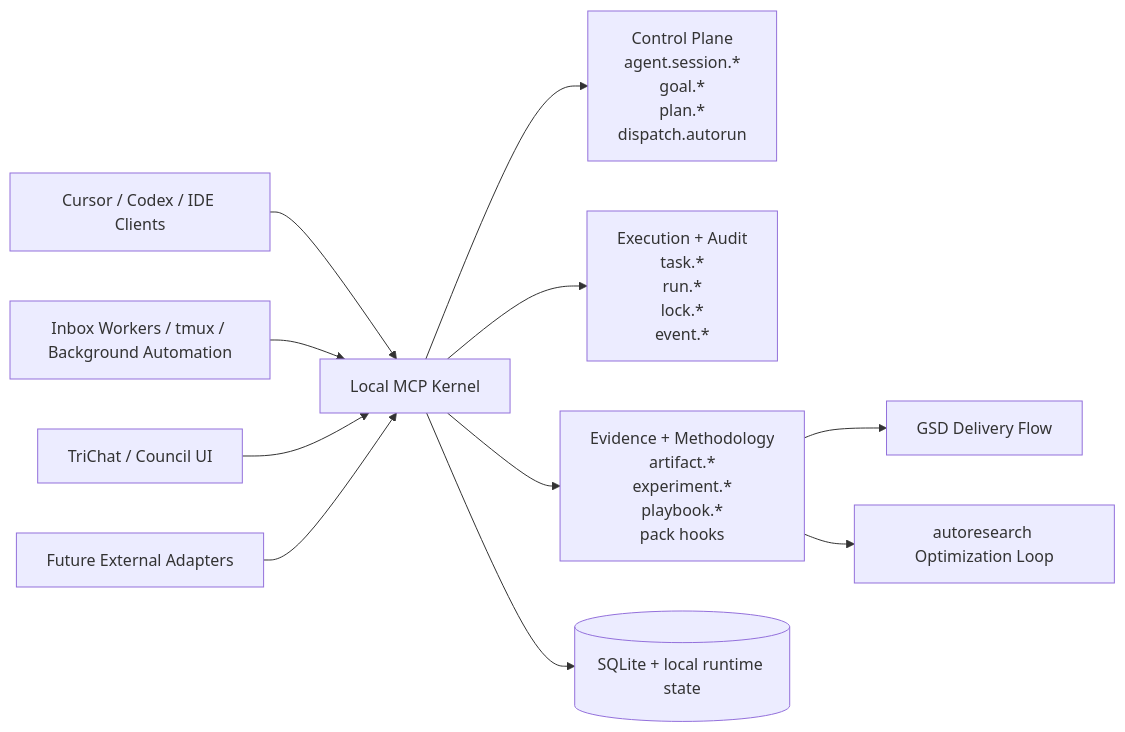
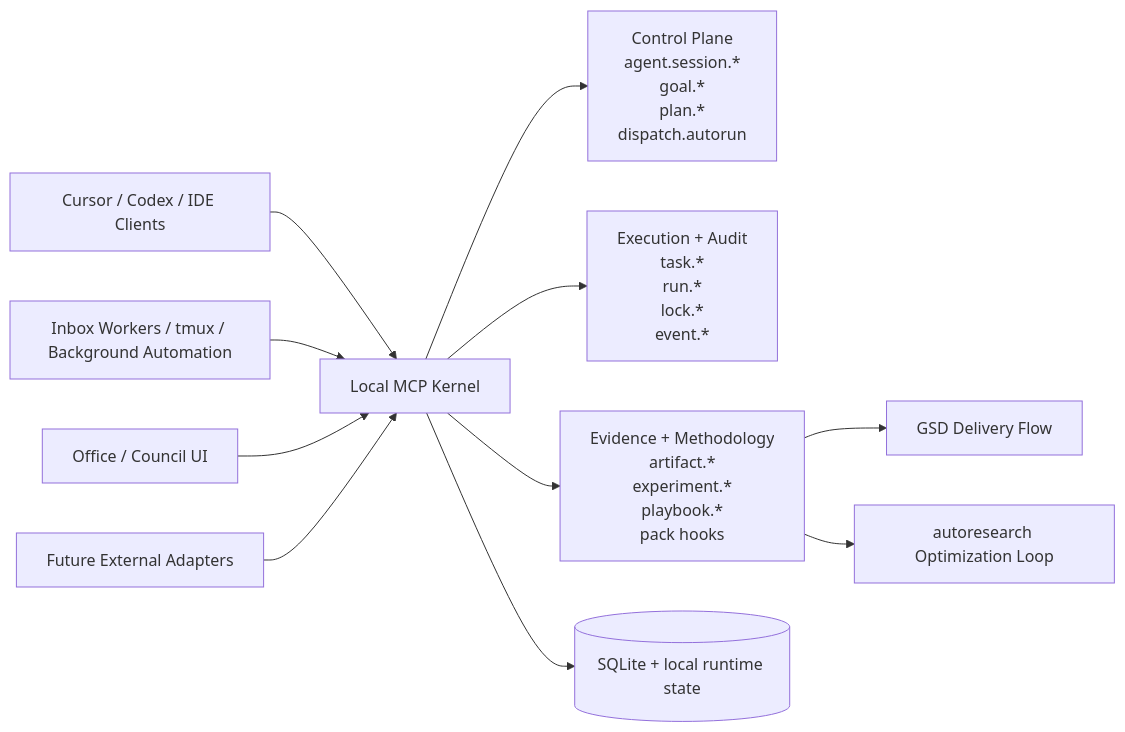
Before and after one commit to driverd12/MASTER-MOLD: the seventh of 7 diagrams in README.md, drawn with Mermaid. The commit also changed other lines of this file, not shown here.

````diff
--- a/README.md
+++ b/README.md
@@ -297,27 +309,27 @@
 ```mermaid
 flowchart LR
   A["Cursor / Codex / IDE Clients"] --> K["Local MCP Kernel"]
   B["Inbox Workers / tmux / Background Automation"] --> K
-  C["TriChat / Council UI"] --> K
+  C["Office / Council UI"] --> K
   D["Future External Adapters"] --> K
 
   K --> E["Control Plane
   agent.session.*
   goal.*
   plan.*
   dispatch.autorun"]
   K --> F["Execution + Audit
   task.*
   run.*
   lock.*
   event.*"]
   K --> G["Evidence + Methodology
   artifact.*
   experiment.*
   playbook.*
   pack hooks"]
 
   G --> H["GSD Delivery Flow"]
   G --> I["autoresearch Optimization Loop"]
   K --> J[("SQLite + local runtime state")]
 ```
````
